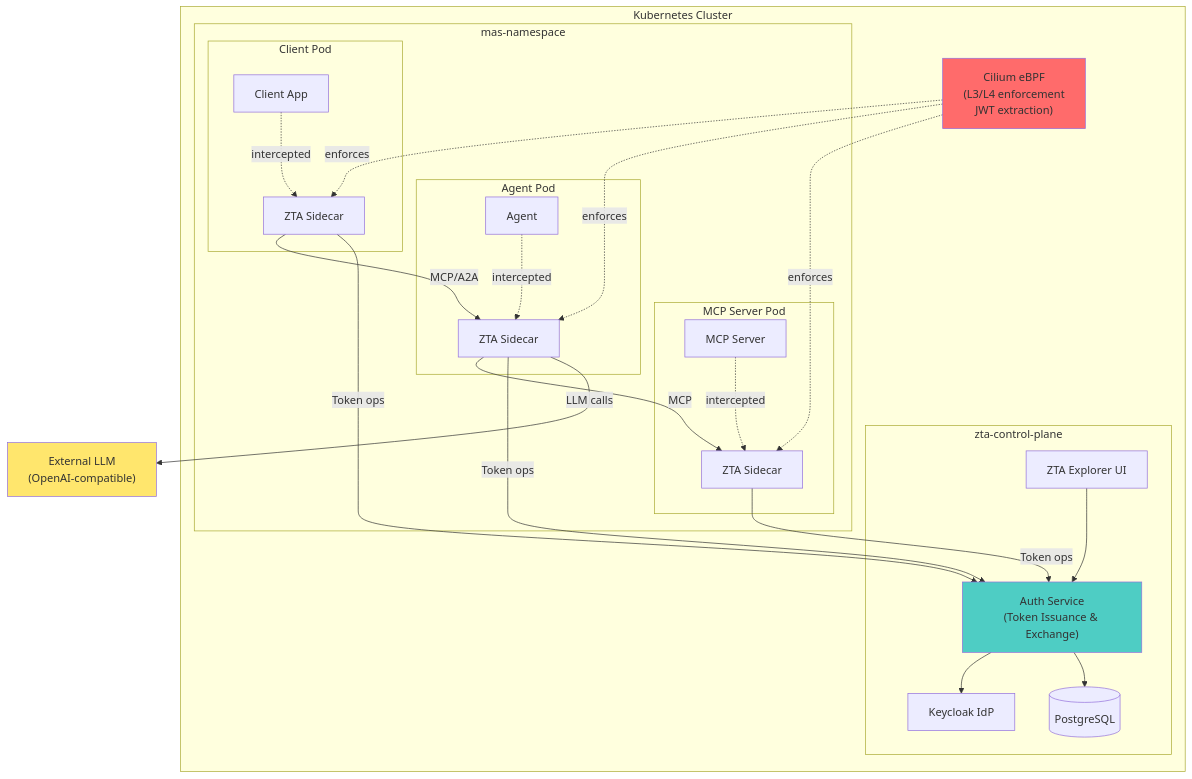
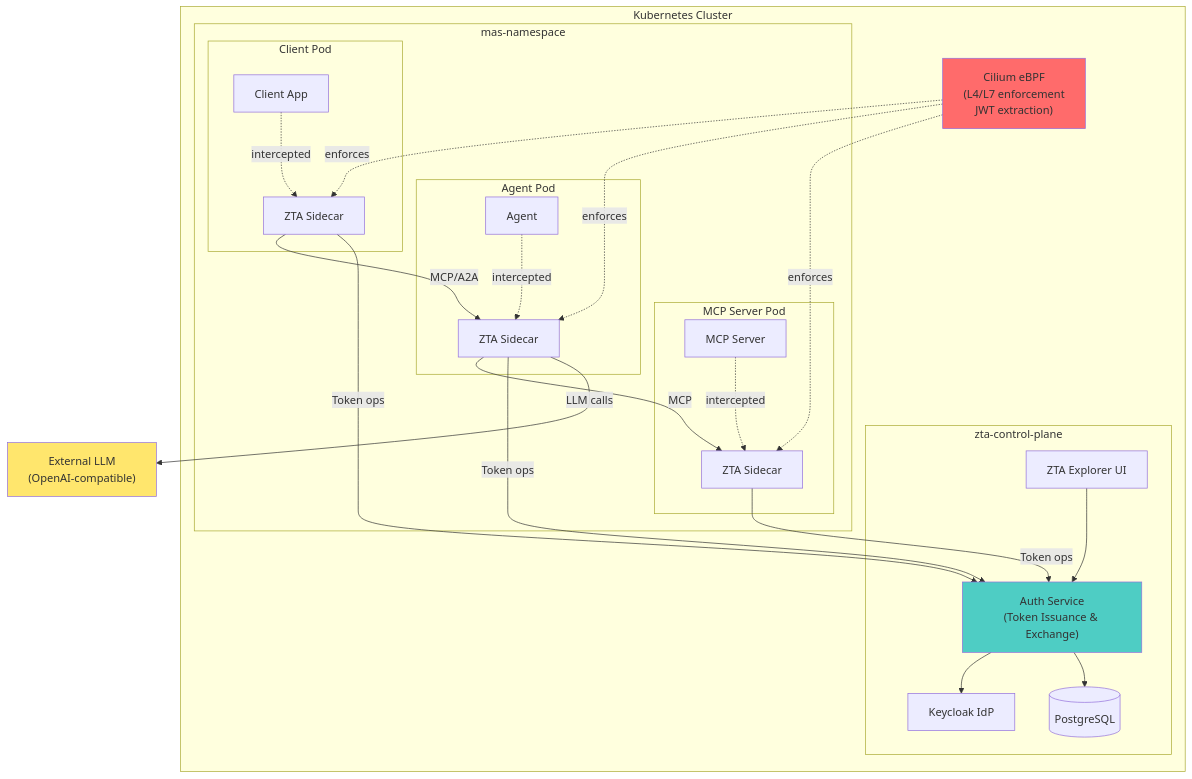
One commit to outshift-open/CASA changed the diagram in README.md. Above: the diagram before and after it, drawn with Mermaid. The commit also changed other lines of this file, not shown here.

````diff
--- a/README.md
+++ b/README.md
@@ -21,46 +21,46 @@
 ```mermaid
 graph TB
     subgraph "Kubernetes Cluster"
         subgraph "zta-control-plane"
             AUTH["Auth Service\n(Token Issuance & Exchange)"]
             KC["Keycloak IdP"]
             PG[("PostgreSQL")]
             UI["ZTA Explorer UI"]
             AUTH --> KC
             AUTH --> PG
             UI --> AUTH
         end
 
         subgraph "mas-namespace"
             subgraph "Client Pod"
                 CL["Client App"]
                 CLS["ZTA Sidecar"]
                 CL -.->|intercepted| CLS
             end
             subgraph "Agent Pod"
                 AG["Agent"]
                 AGS["ZTA Sidecar"]
                 AG -.->|intercepted| AGS
             end
             subgraph "MCP Server Pod"
                 MCP["MCP Server"]
                 MCPS["ZTA Sidecar"]
                 MCP -.->|intercepted| MCPS
             end
             CLS -->|"MCP/A2A"| AGS
             AGS -->|"MCP"| MCPS
         end
 
-        EBPF["Cilium eBPF\n(L3/L4 enforcement\nJWT extraction)"]
+        EBPF["Cilium eBPF\n(L4/L7 enforcement\nJWT extraction)"]
         EBPF -.->|enforces| CLS
         EBPF -.->|enforces| AGS
         EBPF -.->|enforces| MCPS
     end
 
     CLS & AGS & MCPS -->|"Token ops"| AUTH
     AGS -->|"LLM calls"| LLM["External LLM\n(OpenAI-compatible)"]
 
     style AUTH fill:#4ecdc4
     style EBPF fill:#ff6b6b
     style LLM fill:#ffe66d
 ```
````
